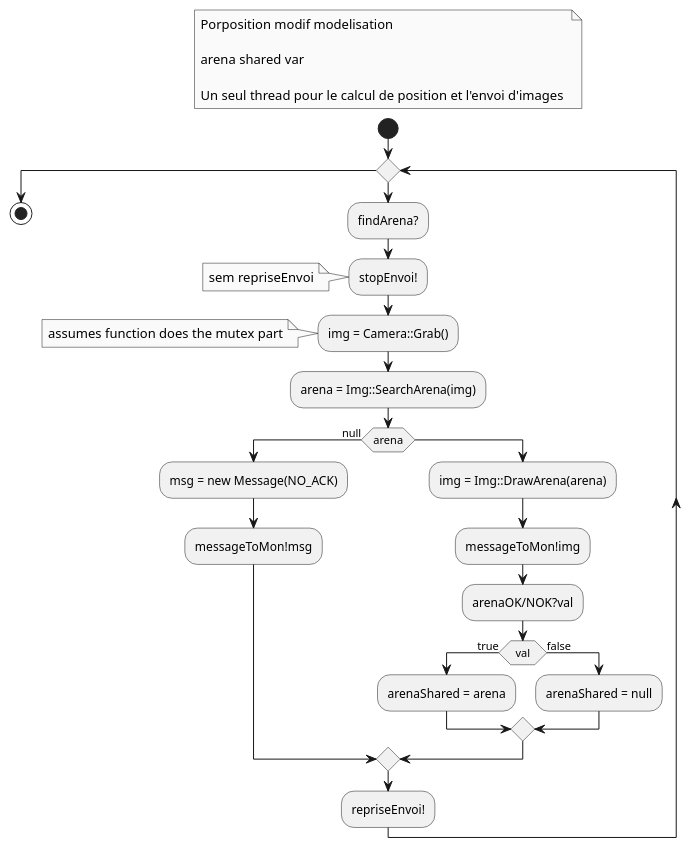
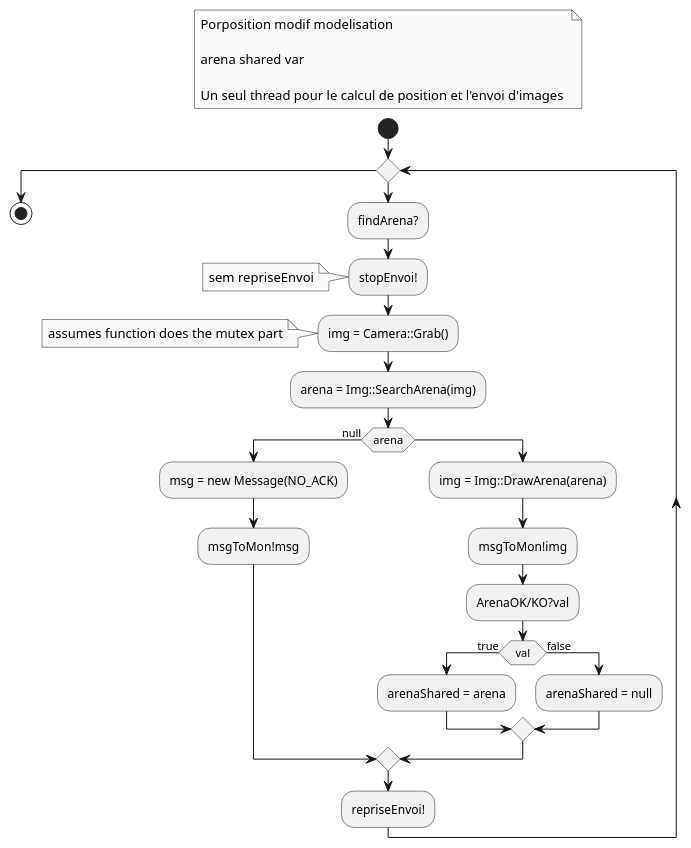
The diagram in diags/th_calibration.puml (Bobillot/BE_Temps_Reel), drawn with PlantUML before and after one commit.

```diff
--- a/diags/th_calibration.puml
+++ b/diags/th_calibration.puml
@@ -1,47 +1,47 @@
 @startuml th_calibration
 
 skinparam monochrome true
 
 floating note left  
     Porposition modif modelisation
 
     arena shared var 
 
     Un seul thread pour le calcul de position et l'envoi d'images 
 end note
 
 start
 
 while ( )
     :findArena?;
 
     :stopEnvoi!;
     note : sem repriseEnvoi
 
     :img = Camera::Grab();
     note : assumes function does the mutex part
 
     :arena = Img::SearchArena(img);
 
     if (arena) then (null)
         :msg = new Message(NO_ACK);
-        :messageToMon!msg;
+        :msgToMon!msg;
     else
         :img = Img::DrawArena(arena);
-        :messageToMon!img;
-        :arenaOK/NOK?val;
+        :msgToMon!img;
+        :ArenaOK/KO?val;
         if(val) then (true)
             :arenaShared = arena;
         else (false)
             :arenaShared = null;
         endif
     endif
 
     :repriseEnvoi!;
 
 
 endwhile
 
 stop
 
 @enduml
```
